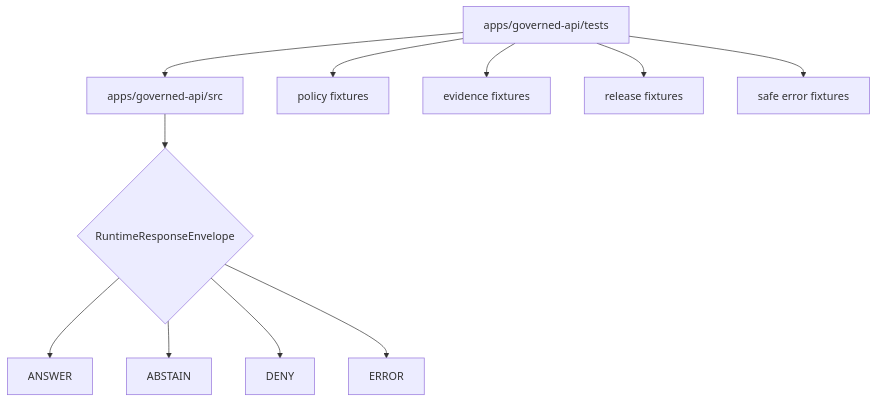
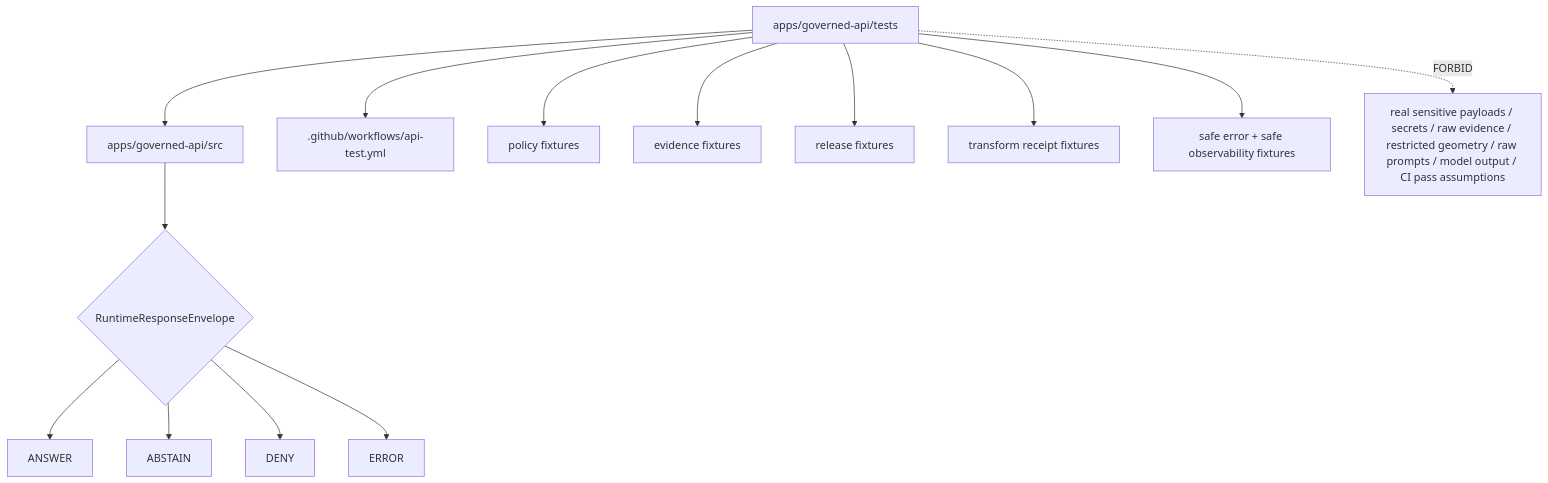
The diagram in apps/governed-api/tests/README.md (bartytime4life/Kansas-Frontier-Matrix), drawn with Mermaid before and after one commit. The commit also changed other lines of this file, not shown here.

Commit message:
docs: update governed api tests readme

````diff
--- a/apps/governed-api/tests/README.md
+++ b/apps/governed-api/tests/README.md
@@ -196,13 +301,16 @@
 ```mermaid
 flowchart TD
     tests["apps/governed-api/tests"] --> app["apps/governed-api/src"]
+    tests --> workflow[".github/workflows/api-test.yml"]
     app --> envelope{"RuntimeResponseEnvelope"}
     envelope --> answer["ANSWER"]
     envelope --> abstain["ABSTAIN"]
     envelope --> deny["DENY"]
     envelope --> error["ERROR"]
     tests --> policy["policy fixtures"]
     tests --> evidence["evidence fixtures"]
     tests --> release["release fixtures"]
-    tests --> safe["safe error fixtures"]
+    tests --> transform["transform receipt fixtures"]
+    tests --> safe["safe error + safe observability fixtures"]
+    tests -. FORBID .-> raw["real sensitive payloads / secrets / raw evidence / restricted geometry / raw prompts / model output / CI pass assumptions"]
 ```
````
